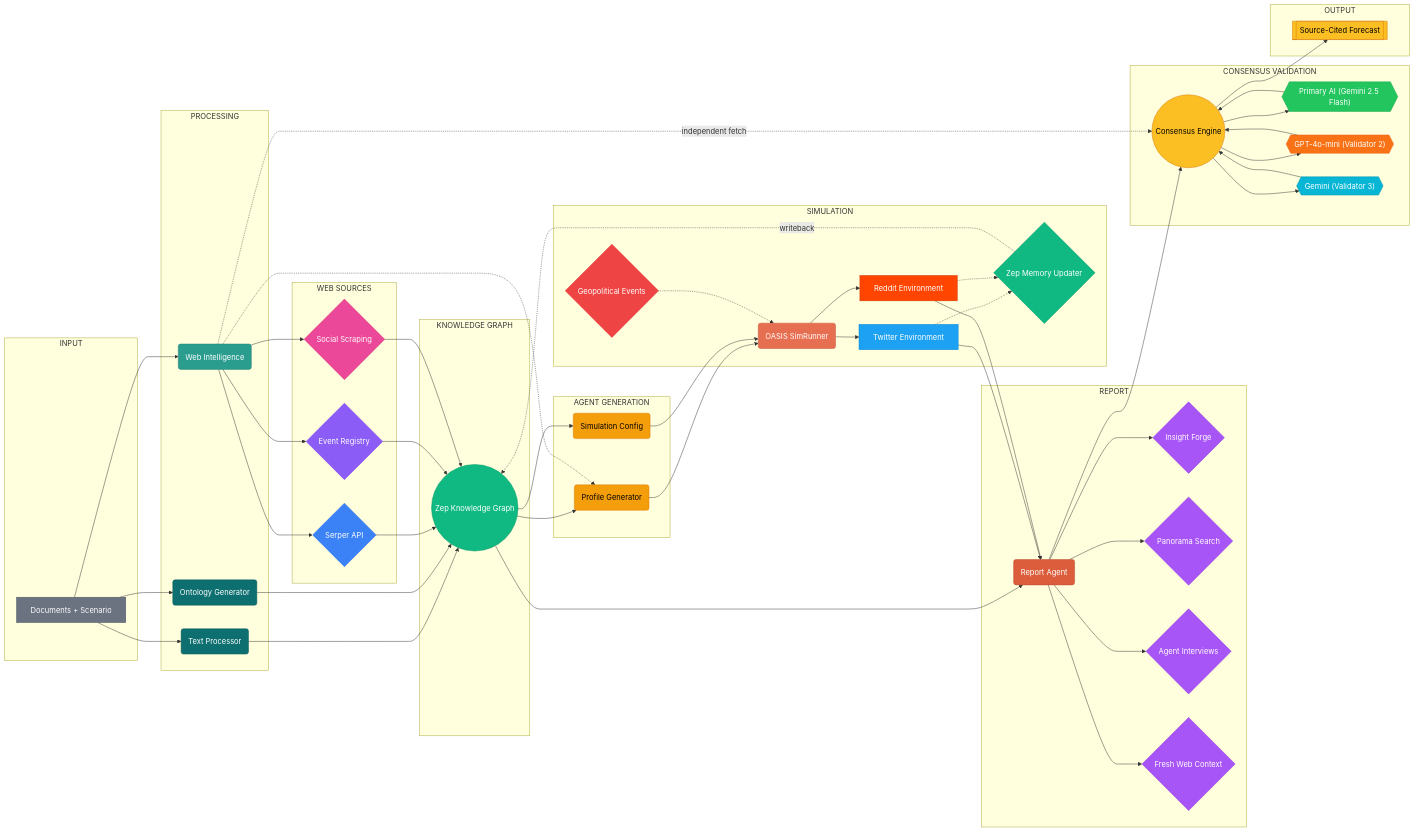
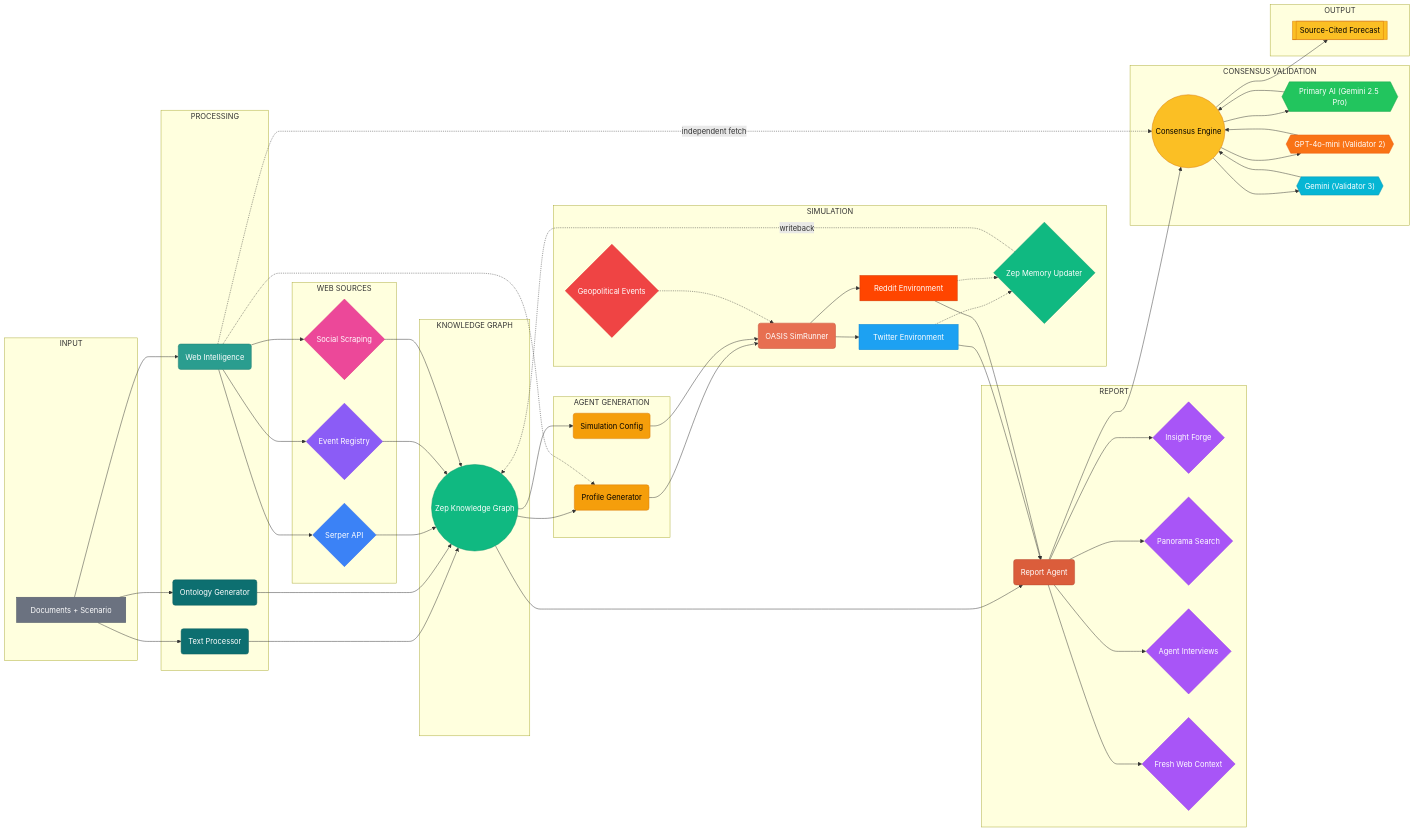
One commit to inbharatai/phoring changed the second of 3 diagrams in README.md. Above: the diagram before and after it, drawn with Mermaid. The commit also changed other lines of this file and 5 other files, not shown here.

```diff
--- a/README.md
+++ b/README.md
@@ -207,7 +208,7 @@
 
     subgraph CONSENSUS["CONSENSUS VALIDATION"]
         consensus(("Consensus Engine"))
-        ai1{{"Primary AI (Gemini 2.5 Flash)"}}
+        ai1{{"Primary AI (Gemini 2.5 Pro)"}}
         ai2{{"GPT-4o-mini (Validator 2)"}}
         ai3{{"Gemini (Validator 3)"}}
     end
```
